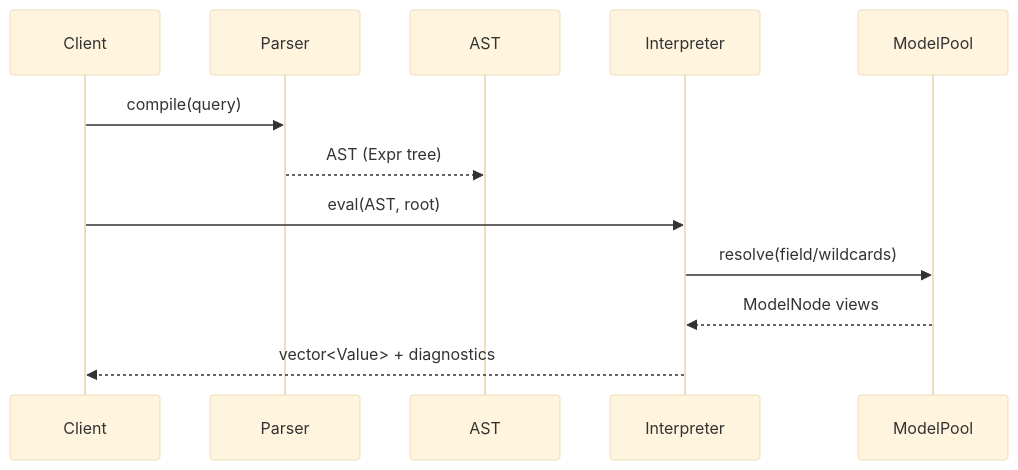
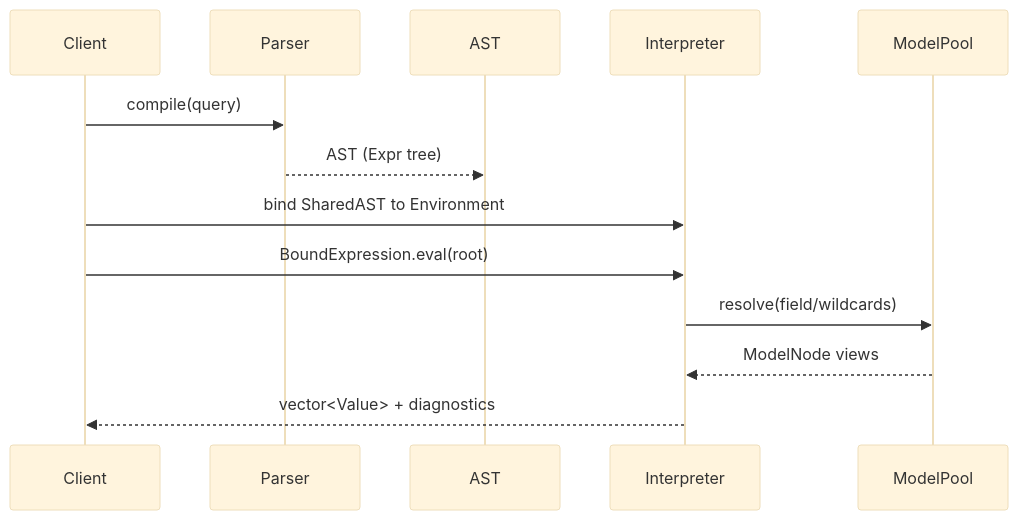
Before and after one commit to Klebert-Engineering/simfil: the sixth of 9 diagrams in docs/simfil-dev-guide.md, drawn with Mermaid (base theme). The commit also changed other lines of this file and 3 other files, not shown here.

Commit message:
Polish bound expression lifecycle

````diff
--- a/docs/simfil-dev-guide.md
+++ b/docs/simfil-dev-guide.md
@@ -198,14 +200,15 @@
 ```mermaid
 sequenceDiagram
   participant Client
   participant Parser
   participant AST
   participant Eval as Interpreter
   participant Model as ModelPool
   Client->>Parser: compile(query)
   Parser-->>AST: AST (Expr tree)
-  Client->>Eval: eval(AST, root)
+  Client->>Eval: bind SharedAST to Environment
+  Client->>Eval: BoundExpression.eval(root)
   Eval->>Model: resolve(field/wildcards)
   Model-->>Eval: ModelNode views
   Eval-->>Client: vector<Value> + diagnostics
 ```
````
